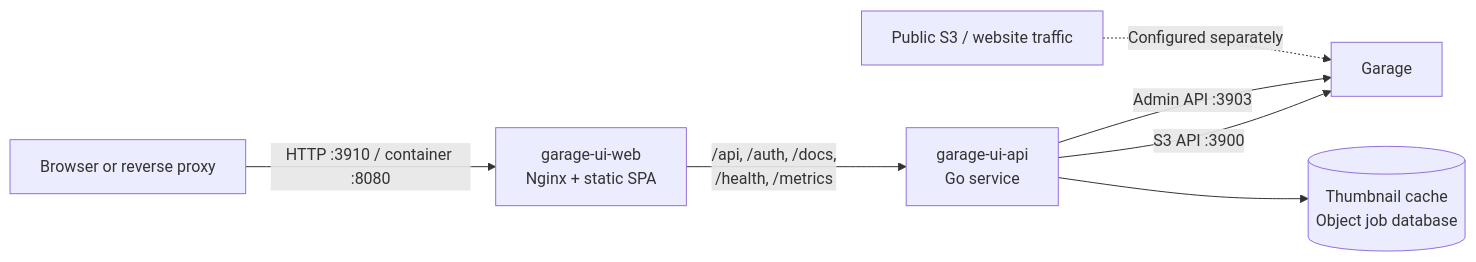
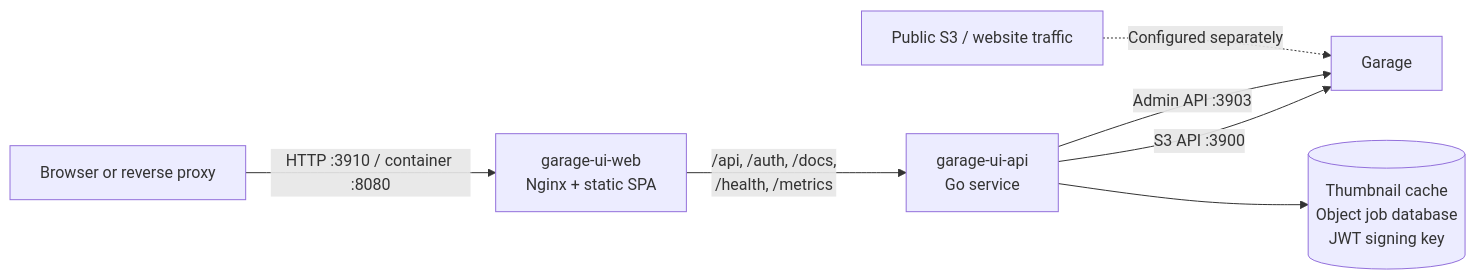
Before and after one commit to jirong0214/garage-ui: the diagram in README.md, drawn with Mermaid. The commit also changed other lines of this file and 9 other files, not shown here.

````diff
--- a/README.md
+++ b/README.md
@@ -67,9 +68,9 @@
 ```mermaid
 flowchart LR
     Browser[Browser or reverse proxy] -->|HTTP :3910 / container :8080| Web[garage-ui-web<br/>Nginx + static SPA]
     Web -->|/api, /auth, /docs,<br/>/health, /metrics| API[garage-ui-api<br/>Go service]
     API -->|S3 API :3900| Garage[Garage]
     API -->|Admin API :3903| Garage
-    API --> State[(Thumbnail cache<br/>Object job database)]
+    API --> State[(Thumbnail cache<br/>Object job database<br/>JWT signing key)]
     Public[Public S3 / website traffic] -.->|Configured separately| Garage
 ```
````
